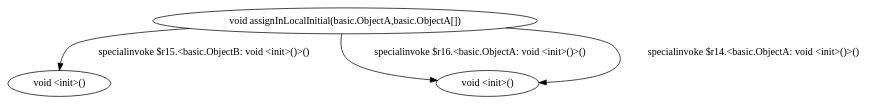
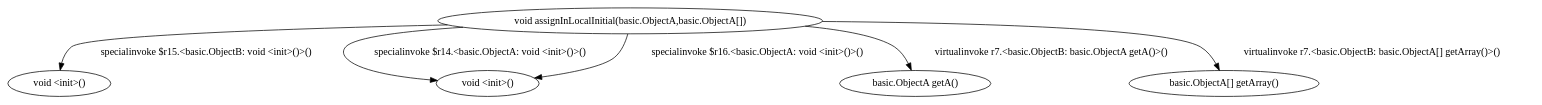
One commit to SeanCoek/zString changed the diagram in dot/<assignment.BasicAssignment2: void assignInLocalInitial(basic.ObjectA,basic.ObjectA[])>.dot. Above: the diagram before and after it, drawn with Graphviz. The commit also changed 13 other files, not shown here.

```diff
--- a/dot/<assignment.BasicAssignment2: void assignInLocalInitial(basic.ObjectA,basic.ObjectA[])>.dot
+++ b/dot/<assignment.BasicAssignment2: void assignInLocalInitial(basic.ObjectA,basic.ObjectA[])>.dot
@@ -1,8 +1,12 @@
 digraph g {
-2[label="void <init>()"]
-1[label="void <init>()"]
+4[label="void <init>()"]
+3[label="void <init>()"]
+2[label="basic.ObjectA getA()"]
 0[label="void assignInLocalInitial(basic.ObjectA,basic.ObjectA[])"]
-0->1[label="specialinvoke $r16.<basic.ObjectA: void <init>()>()"]
-0->1[label="specialinvoke $r14.<basic.ObjectA: void <init>()>()"]
-0->2[label="specialinvoke $r15.<basic.ObjectB: void <init>()>()"]
+1[label="basic.ObjectA[] getArray()"]
+0->1[label="virtualinvoke r7.<basic.ObjectB: basic.ObjectA[] getArray()>()"]
+0->2[label="virtualinvoke r7.<basic.ObjectB: basic.ObjectA getA()>()"]
+0->3[label="specialinvoke $r14.<basic.ObjectA: void <init>()>()"]
+0->3[label="specialinvoke $r16.<basic.ObjectA: void <init>()>()"]
+0->4[label="specialinvoke $r15.<basic.ObjectB: void <init>()>()"]
 }
```
